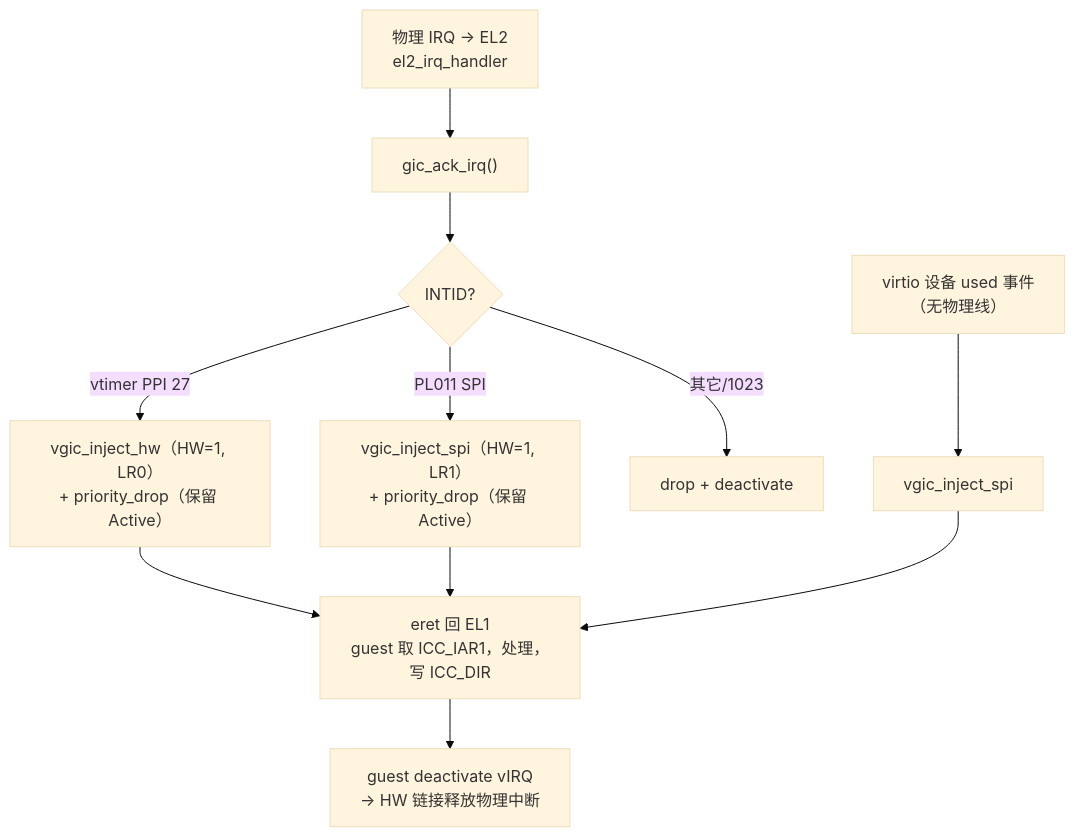
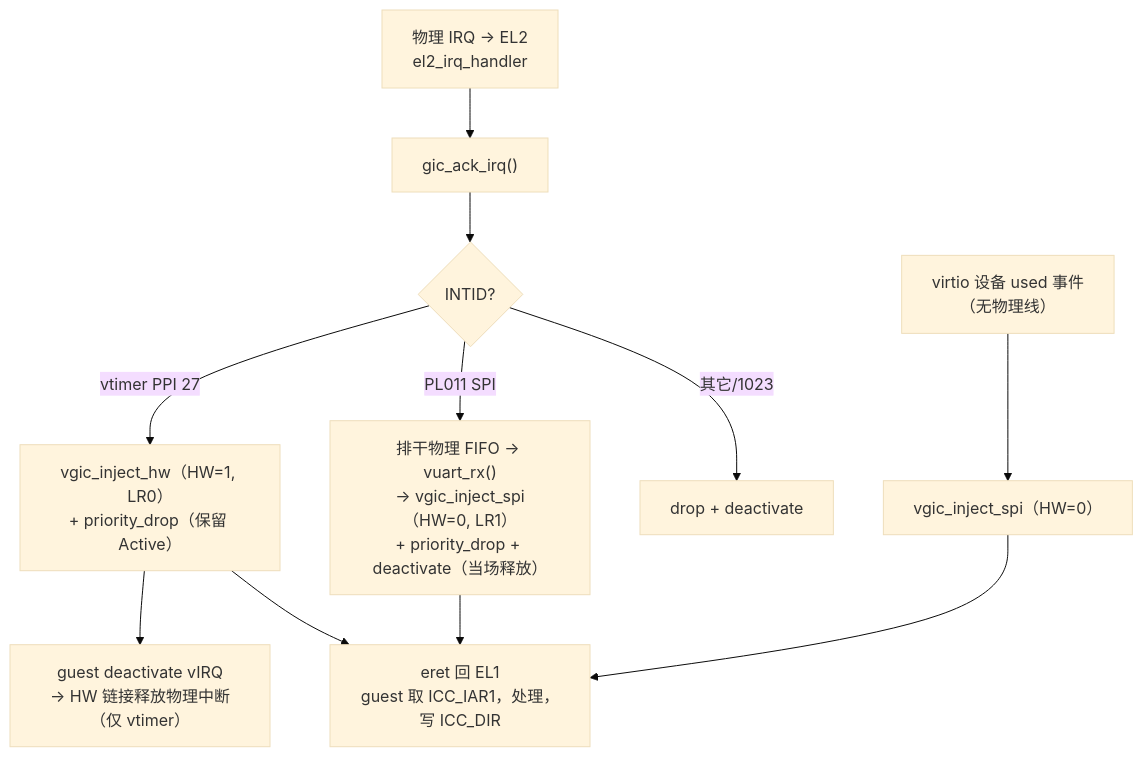
Before and after one commit to James7zy/hypervisor: the diagram in docs/reference/vgic-injection.md, drawn with Mermaid (base theme). The commit also changed other lines of this file and 3 other files, not shown here.

````diff
--- a/docs/reference/vgic-injection.md
+++ b/docs/reference/vgic-injection.md
@@ -126,13 +137,13 @@
 ```mermaid
 flowchart TD
     P["物理 IRQ → EL2<br/>el2_irq_handler"] --> A["gic_ack_irq()"]
     A --> B{INTID?}
     B -->|"vtimer PPI 27"| C["vgic_inject_hw（HW=1, LR0）<br/>+ priority_drop（保留 Active）"]
-    B -->|"PL011 SPI"| D["vgic_inject_spi（HW=1, LR1）<br/>+ priority_drop（保留 Active）"]
+    B -->|"PL011 SPI"| D["排干物理 FIFO → vuart_rx()<br/>→ vgic_inject_spi（HW=0, LR1）<br/>+ priority_drop + deactivate（当场释放）"]
     B -->|"其它/1023"| E["drop + deactivate"]
-    V["virtio 设备 used 事件<br/>（无物理线）"] --> F["vgic_inject_spi"]
+    V["virtio 设备 used 事件<br/>（无物理线）"] --> F["vgic_inject_spi（HW=0）"]
     C --> G["eret 回 EL1<br/>guest 取 ICC_IAR1，处理，写 ICC_DIR"]
     D --> G
     F --> G
-    G --> H["guest deactivate vIRQ<br/>→ HW 链接释放物理中断"]
+    C --> H["guest deactivate vIRQ<br/>→ HW 链接释放物理中断（仅 vtimer）"]
 ```
````
